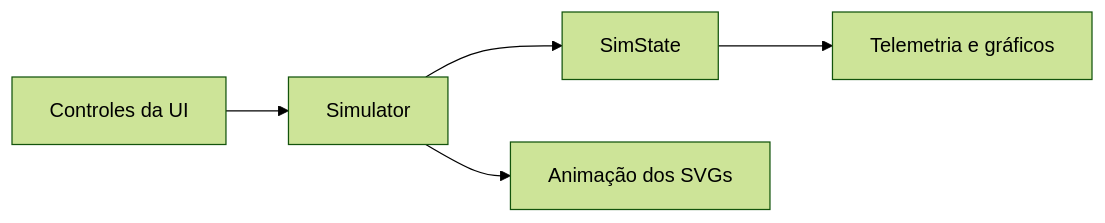
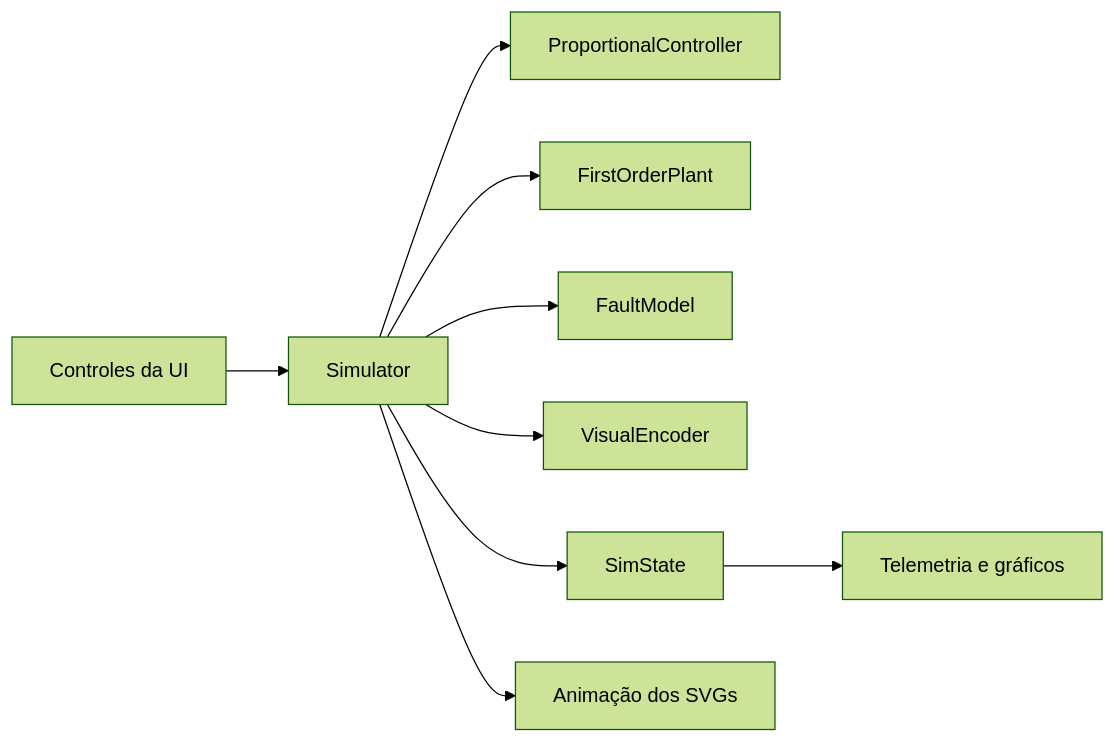
Before and after one commit to gut0leao/tapepilot-sim: the first of 4 diagrams in docs/architecture.md, drawn with Mermaid (forest theme). The commit also changed other lines of this file and 23 other files, not shown here.

````diff
--- a/docs/architecture.md
+++ b/docs/architecture.md
@@ -8,7 +8,11 @@
 ```mermaid
 flowchart LR
     Controls[Controles da UI] --> Simulator
+    Simulator --> Controller[ProportionalController]
+    Simulator --> Plant[FirstOrderPlant]
+    Simulator --> Faults[FaultModel]
+    Simulator --> Encoder[VisualEncoder]
     Simulator --> SimState
     SimState --> Telemetry[Telemetria e gráficos]
     Simulator --> Animation[Animação dos SVGs]
 ```
````
